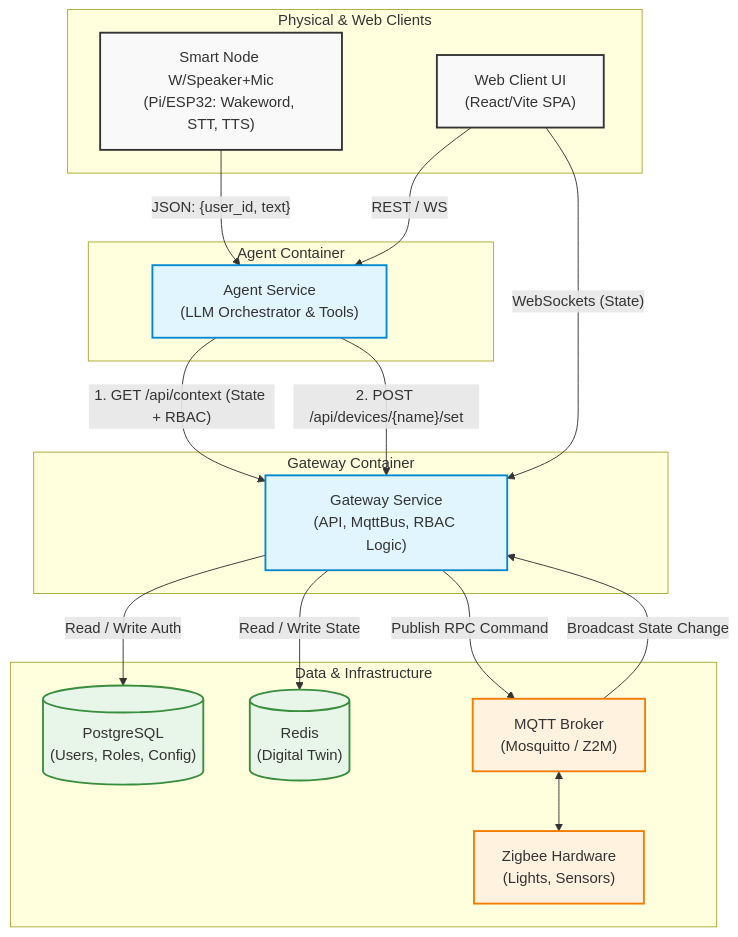
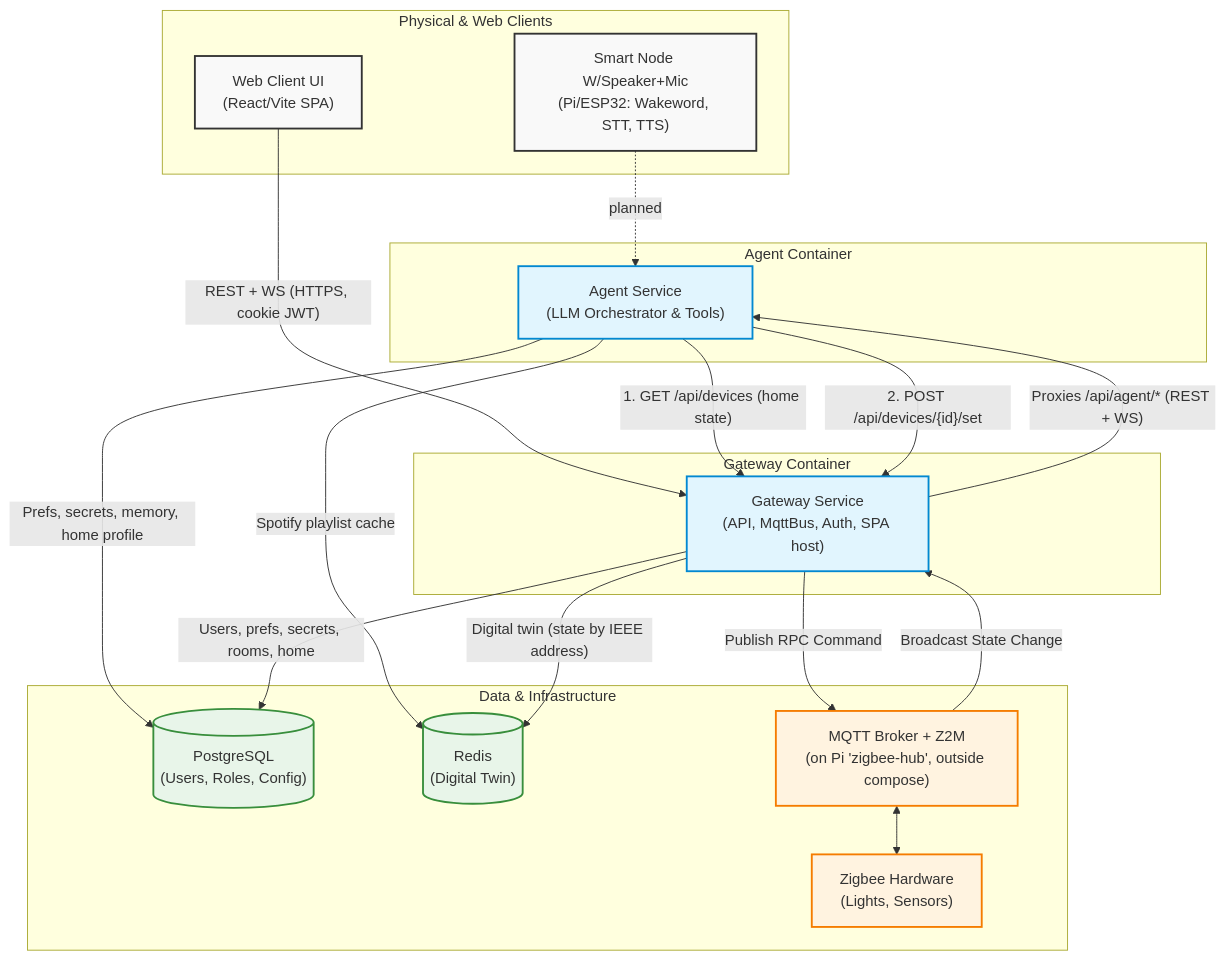
The diagram in docs/architecture.md (Aidanwa/smart-home-os), drawn with Mermaid before and after one commit. The commit also changed 13 other files, not shown here.

````diff
--- a/docs/architecture.md
+++ b/docs/architecture.md
@@ -2,55 +2,57 @@
 ```mermaid
 flowchart TD
     %% Edge and UI
     subgraph Clients["Physical & Web Clients"]
         Edge["Smart Node W/Speaker+Mic<br/>(Pi/ESP32: Wakeword, STT, TTS)"]
         UI["Web Client UI<br/>(React/Vite SPA)"]
     end
 
     %% Agent Service
     subgraph AgentContainer["Agent Container"]
         Agent["Agent Service<br/>(LLM Orchestrator & Tools)"]
     end
 
     %% Gateway Service
     subgraph GatewayContainer["Gateway Container"]
-        Gateway["Gateway Service<br/>(API, MqttBus, RBAC Logic)"]
+        Gateway["Gateway Service<br/>(API, MqttBus, Auth, SPA host)"]
     end
 
     %% Data & Infra
     subgraph Infrastructure["Data & Infrastructure"]
         Postgres[("PostgreSQL<br/>(Users, Roles, Config)")]
         Redis[("Redis<br/>(Digital Twin)")]
-        MQTT["MQTT Broker<br/>(Mosquitto / Z2M)"]
+        MQTT["MQTT Broker + Z2M<br/>(on Pi 'zigbee-hub', outside compose)"]
         Hardware["Zigbee Hardware<br/>(Lights, Sensors)"]
     end
 
-    %% Flow: Edge/UI to Agent
-    Edge -- "JSON: {user_id, text}" --> Agent
-    UI -- "REST / WS" --> Agent
-    UI -- "WebSockets (State)" --> Gateway
+    %% Flow: Edge/UI to Agent (edge node is planned, not built yet)
+    Edge -. "planned" .-> Agent
+    UI -- "REST + WS (HTTPS, cookie JWT)" --> Gateway
+    Gateway -- "Proxies /api/agent/* (REST + WS)" --> Agent
 
-    %% Flow: Agent to Gateway (The Correction)
-    Agent -- "1. GET /api/context (State + RBAC)" --> Gateway
-    Agent -- "2. POST /api/devices/{name}/set" --> Gateway
+    %% Flow: Agent to Gateway (agent mints a short-lived JWT for the user)
+    Agent -- "1. GET /api/devices (home state)" --> Gateway
+    Agent -- "2. POST /api/devices/{id}/set" --> Gateway
+    Agent -- "Prefs, secrets, memory, home profile" --> Postgres
+    Agent -- "Spotify playlist cache" --> Redis
 
     %% Flow: Gateway to Data
-    Gateway -- "Read / Write Auth" --> Postgres
-    Gateway -- "Read / Write State" --> Redis
+    Gateway -- "Users, prefs, secrets, rooms, home" --> Postgres
+    Gateway -- "Digital twin (state by IEEE address)" --> Redis
 
     %% Flow: Gateway to Hardware
     Gateway -- "Publish RPC Command" --> MQTT
     MQTT -- "Broadcast State Change" --> Gateway
     MQTT <--> Hardware
 
     %% Styling
     classDef client fill:#f9f9f9,stroke:#333,stroke-width:2px;
     classDef service fill:#e1f5fe,stroke:#0288d1,stroke-width:2px;
     classDef db fill:#e8f5e9,stroke:#388e3c,stroke-width:2px;
     classDef broker fill:#fff3e0,stroke:#f57c00,stroke-width:2px;
     
     class Edge,UI client;
     class Agent,Gateway service;
     class Postgres,Redis db;
     class MQTT,Hardware broker;
 ```
````
